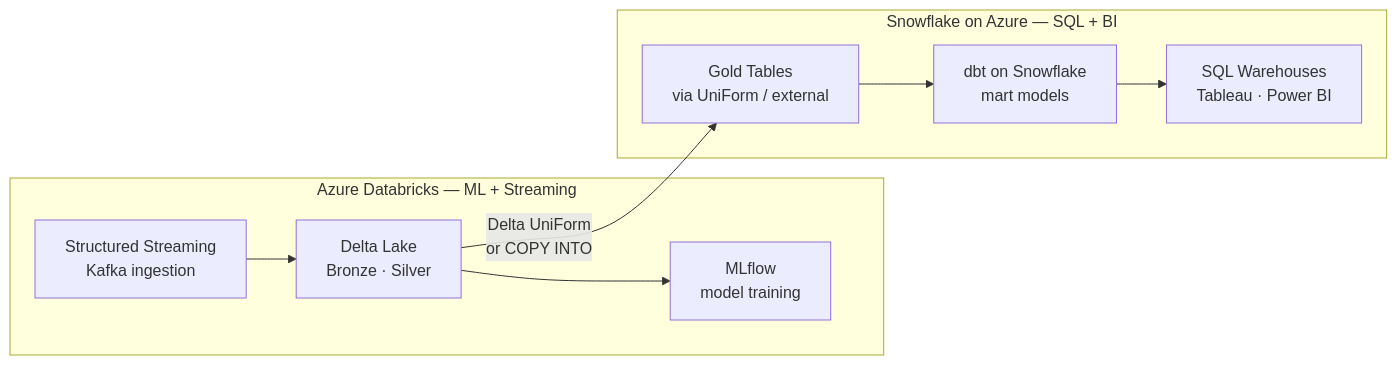
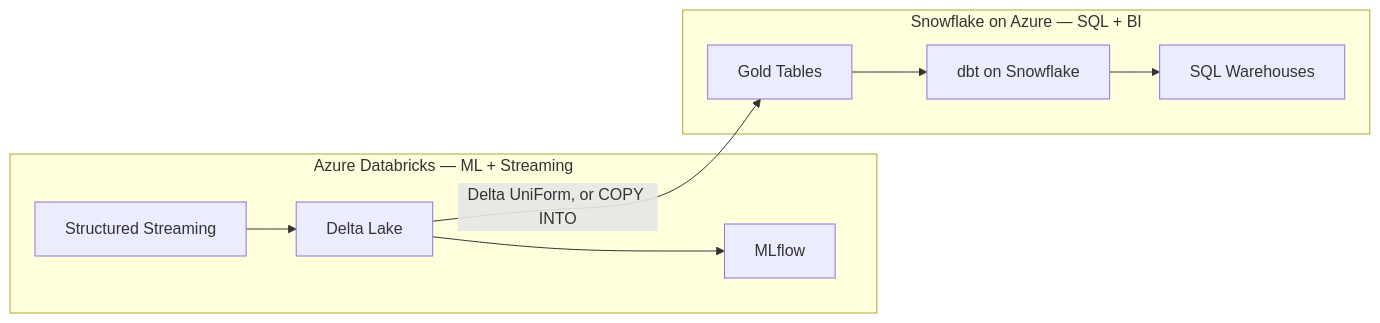
One commit to gcmishra7/data-engineering-helper changed the second of 3 diagrams in 06-snowflake/10-snowflake-reference-architectures.md. Above: the diagram before and after it, drawn with Mermaid. The commit also changed other lines of this file and 57 other files, not shown here.

First line of the commit message:
Shorten mermaid node labels to fix text truncation on GitHub

````diff
--- a/06-snowflake/10-snowflake-reference-architectures.md
+++ b/06-snowflake/10-snowflake-reference-architectures.md
@@ -50,18 +62,18 @@
 ```mermaid
 graph LR
     subgraph Databricks[Azure Databricks — ML + Streaming]
-        STREAM[Structured Streaming<br/>Kafka ingestion]
-        DELTA[Delta Lake<br/>Bronze · Silver]
-        ML[MLflow<br/>model training]
+        STREAM[Structured Streaming]
+        DELTA[Delta Lake]
+        ML[MLflow]
         DELTA --> ML
     end
     subgraph Snowflake[Snowflake on Azure — SQL + BI]
-        GOLD_SF[Gold Tables<br/>via UniForm / external]
-        DBT[dbt on Snowflake<br/>mart models]
-        BI_WH[SQL Warehouses<br/>Tableau · Power BI]
+        GOLD_SF[Gold Tables]
+        DBT[dbt on Snowflake]
+        BI_WH[SQL Warehouses]
     end
 
     STREAM --> DELTA
-    DELTA -->|Delta UniForm<br/>or COPY INTO| GOLD_SF
+    DELTA -->|Delta UniForm, or COPY INTO| GOLD_SF
     GOLD_SF --> DBT --> BI_WH
 ```
````
